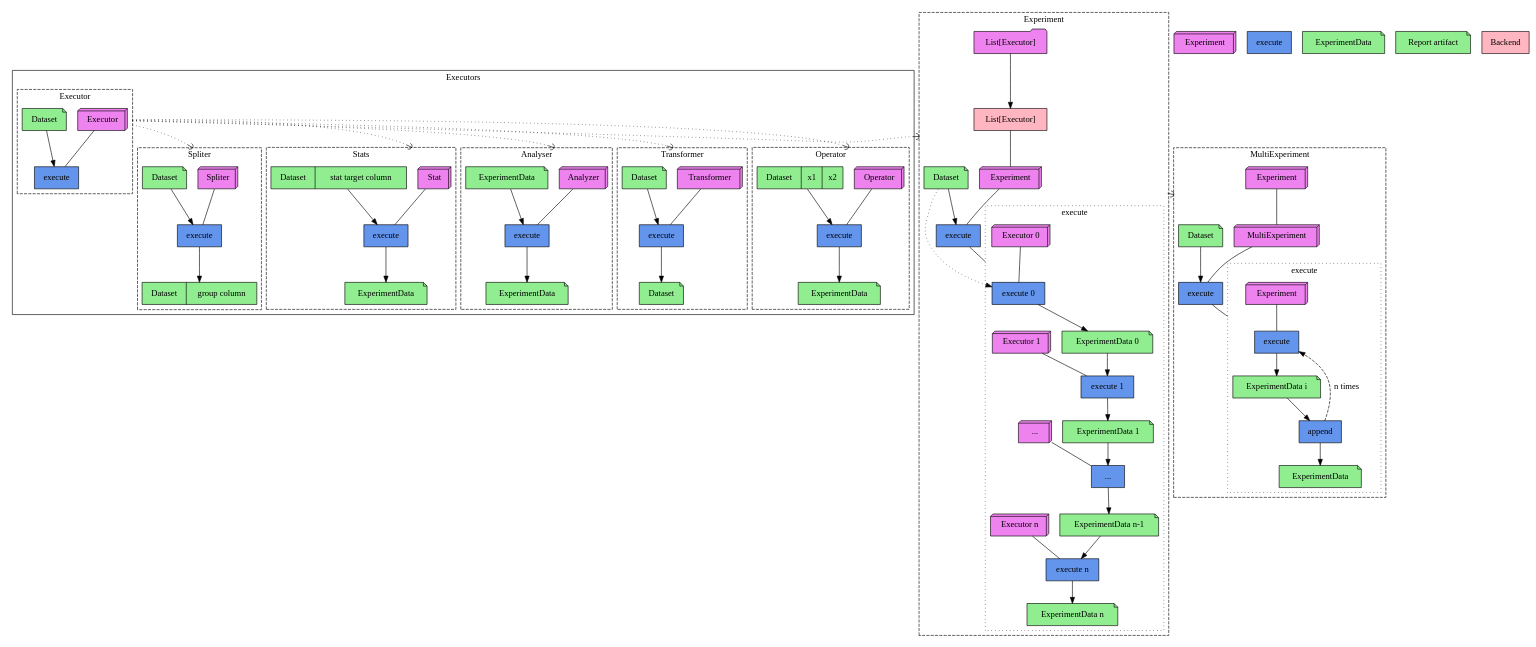
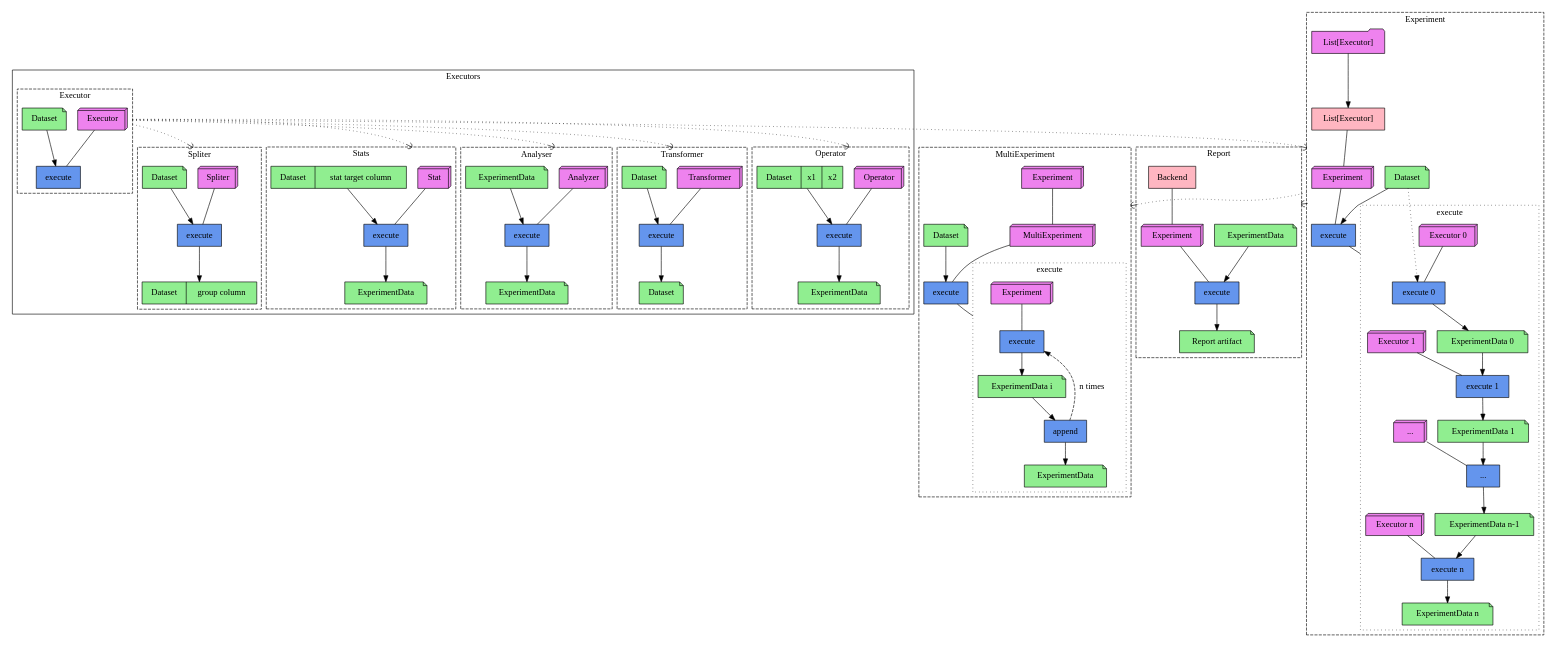
The diagram in schemes/architecture.dot (sb-ai-lab/HypEx), drawn with Graphviz before and after one commit. The commit also changed 1 other file, not shown here.

Commit message:
Finish architecture scheme

```diff
--- a/schemes/architecture.dot
+++ b/schemes/architecture.dot
@@ -254,5 +254,16 @@
     subgraph cluster_report{
         graph[style=dashed, label="Report"]
 
+        report_backend -> report_experiment [arrowhead=none]
+        report_experiment -> report_execute [arrowhead=none]
+        report_in_data -> report_execute
+        report_execute -> report_out_data
     }
+
+    experiment_legend -> report_experiment [
+        style="dotted"
+        arrowhead=curve
+        ltail=cluster_experiment
+        lhead=cluster_report
+    ]
 }
```
